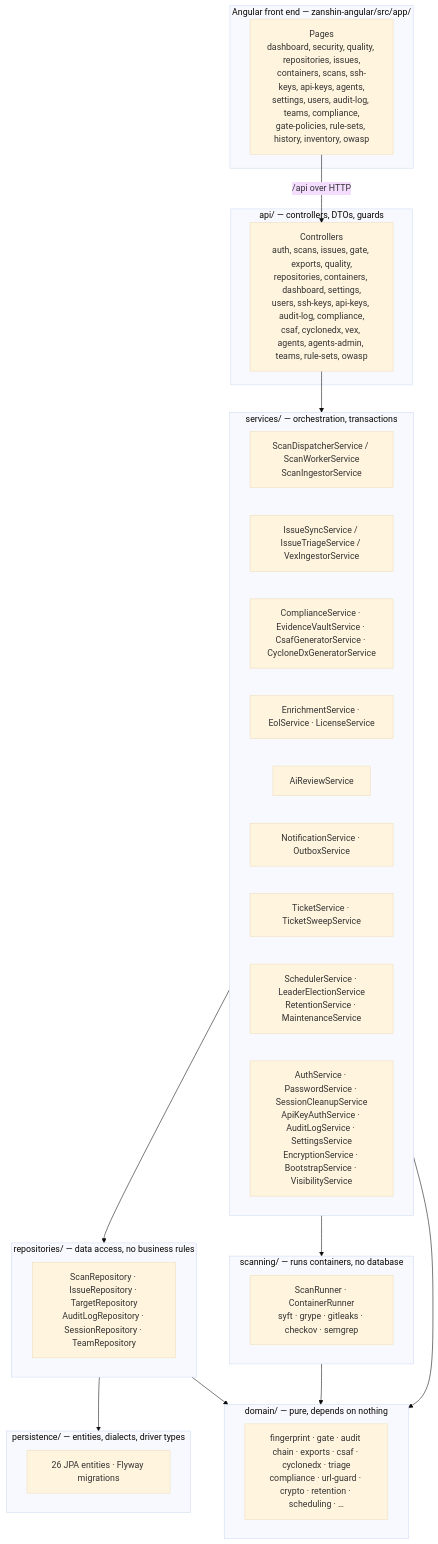
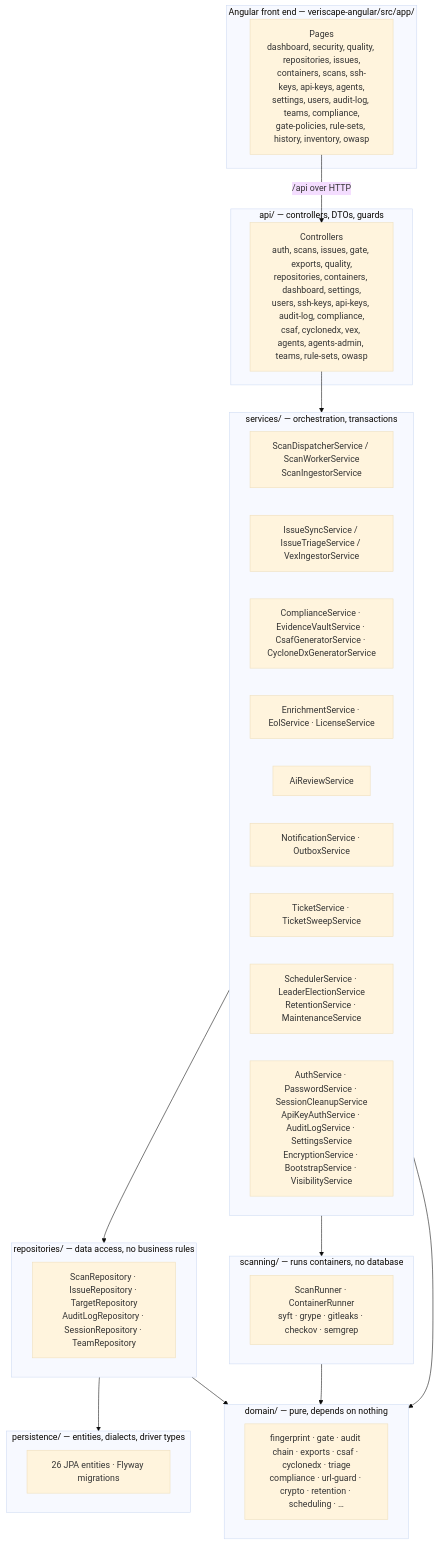
Before and after one commit to asmolabs/vectispire: the first of 3 diagrams in docs/en/TECHNICAL_DOCUMENTATION.md, drawn with Mermaid (base theme). The commit also changed other lines of this file and 23 other files, not shown here.

Commit message:
refactor: rename project from Zanshin to Veriscape across documentation, configuration, and environment variables

````diff
--- a/docs/en/TECHNICAL_DOCUMENTATION.md
+++ b/docs/en/TECHNICAL_DOCUMENTATION.md
@@ -14,47 +24,47 @@
 ```mermaid
 flowchart TB
-    subgraph front["Angular front end — zanshin-angular/src/app/"]
+    subgraph front["Angular front end — veriscape-angular/src/app/"]
         Pages["Pages<br/>dashboard, security, quality, repositories, issues,<br/>containers, scans, ssh-keys, api-keys, agents,<br/>settings, users, audit-log, teams, compliance,<br/>gate-policies, rule-sets, history, inventory, owasp"]
     end
 
     subgraph api["api/ — controllers, DTOs, guards"]
         Routes["Controllers<br/>auth, scans, issues, gate, exports, quality,<br/>repositories, containers, dashboard, settings,<br/>users, ssh-keys, api-keys, audit-log, compliance,<br/>csaf, cyclonedx, vex, agents, agents-admin, teams, rule-sets, owasp"]
     end
 
     subgraph services["services/ — orchestration, transactions"]
         Scan["ScanDispatcherService / ScanWorkerService<br/>ScanIngestorService"]
         Issue["IssueSyncService / IssueTriageService / VexIngestorService"]
         Comp["ComplianceService · EvidenceVaultService · CsafGeneratorService · CycloneDxGeneratorService"]
         Enrich["EnrichmentService · EolService · LicenseService"]
         Ai["AiReviewService"]
         Notify["NotificationService · OutboxService"]
         Ticket["TicketService · TicketSweepService"]
         Ops["SchedulerService · LeaderElectionService<br/>RetentionService · MaintenanceService"]
         Auth["AuthService · PasswordService · SessionCleanupService<br/>ApiKeyAuthService · AuditLogService · SettingsService<br/>EncryptionService · BootstrapService · VisibilityService"]
     end
 
     subgraph repos["repositories/ — data access, no business rules"]
         R["ScanRepository · IssueRepository · TargetRepository<br/>AuditLogRepository · SessionRepository · TeamRepository"]
     end
 
     subgraph persistence["persistence/ — entities, dialects, driver types"]
         Ent["26 JPA entities · Flyway migrations"]
     end
 
     subgraph domain["domain/ — pure, depends on nothing"]
         D["fingerprint · gate · audit chain · exports · csaf · cyclonedx · triage<br/>compliance · url-guard · crypto · retention · scheduling · …"]
     end
 
     subgraph scanning["scanning/ — runs containers, no database"]
         S["ScanRunner · ContainerRunner<br/>syft · grype · gitleaks · checkov · semgrep"]
     end
 
     Pages -->|"/api over HTTP"| Routes
     Routes --> services
     services --> repos
     repos --> persistence
     services --> scanning
     services --> domain
     repos --> domain
     scanning --> domain
 ```
````
